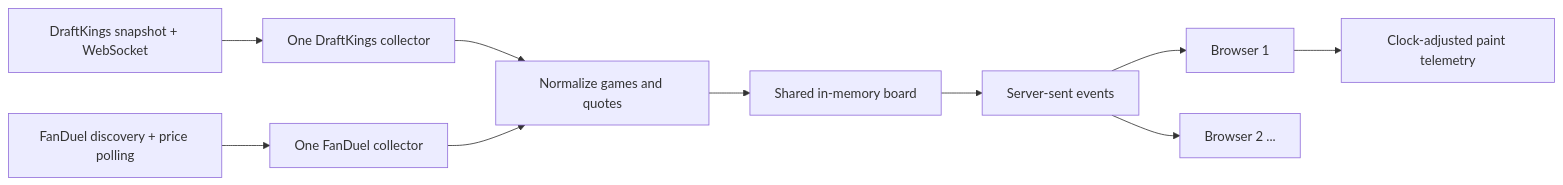
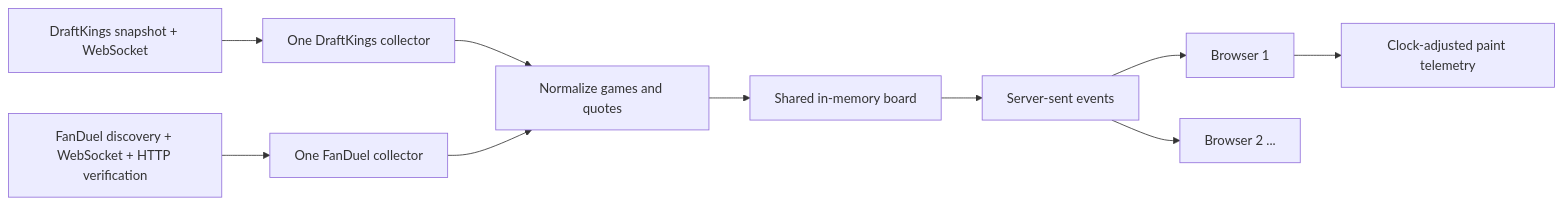
Before and after one commit to ali-reza-moradian/fieldline-codex: the diagram in README.md, drawn with Mermaid. The commit also changed other lines of this file and 13 other files, not shown here.

Commit message:
Restore complete FanDuel coverage and add resilient public price push

````diff
--- a/README.md
+++ b/README.md
@@ -53,12 +53,12 @@
 ```mermaid
 flowchart LR
   DK[DraftKings snapshot + WebSocket] --> DKA[One DraftKings collector]
-  FD[FanDuel discovery + price polling] --> FDA[One FanDuel collector]
+  FD[FanDuel discovery + WebSocket + HTTP verification] --> FDA[One FanDuel collector]
   DKA --> N[Normalize games and quotes]
   FDA --> N
   N --> S[Shared in-memory board]
   S --> SSE[Server-sent events]
   SSE --> B1[Browser 1]
   SSE --> B2[Browser 2 ...]
   B1 --> M[Clock-adjusted paint telemetry]
 ```
````
